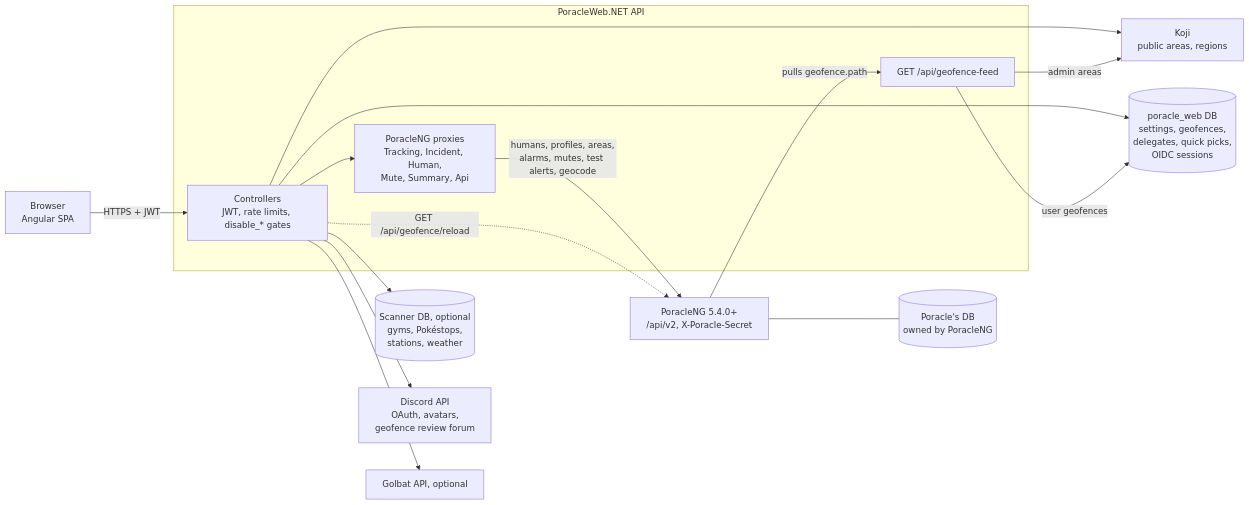
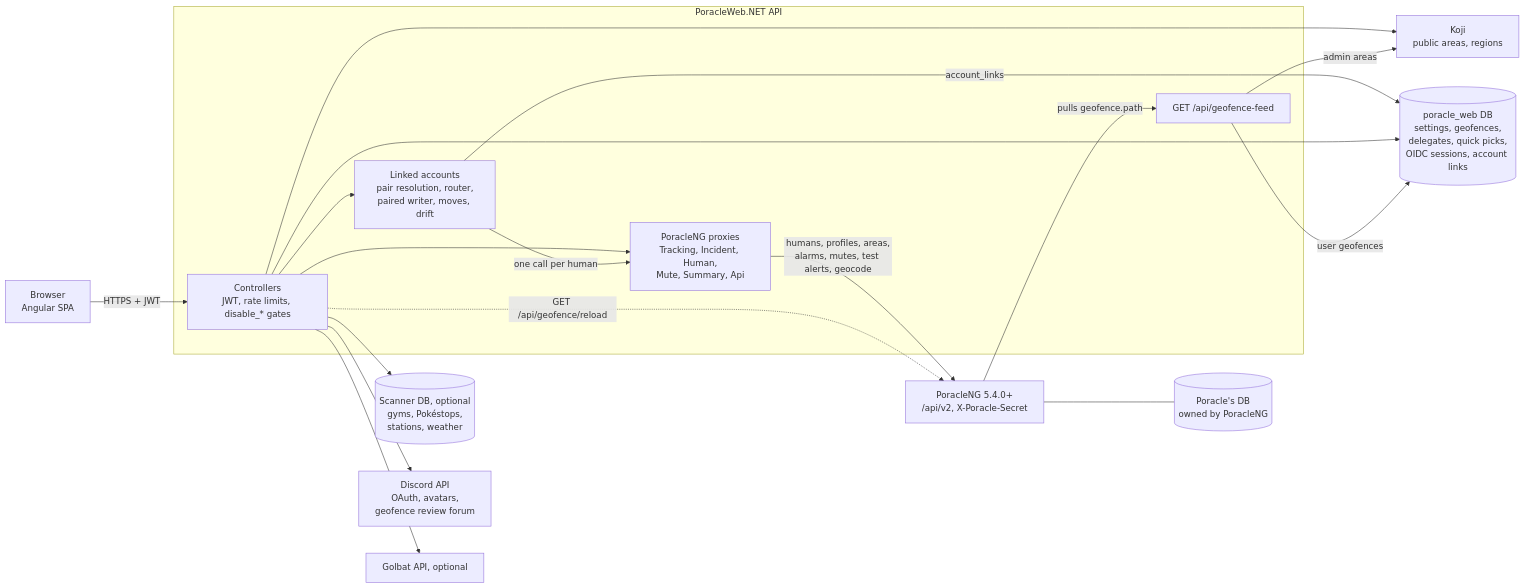
One commit to PGAN-Dev/PoracleWeb.NET changed the diagram in docs/architecture/overview.md. Above: the diagram before and after it, drawn with Mermaid. The commit also changed other lines of this file and 4 other files, not shown here.

First line of the commit message:
docs: add linked accounts architecture reference with diagrams

````diff
--- a/docs/architecture/overview.md
+++ b/docs/architecture/overview.md
@@ -36,29 +37,33 @@
 ```mermaid
 flowchart LR
     Browser["Browser<br/>Angular SPA"]
     subgraph PW["PoracleWeb.NET API"]
         API["Controllers<br/>JWT, rate limits, disable_* gates"]
+        Linked["Linked accounts<br/>pair resolution, router,<br/>paired writer, moves, drift"]
         Proxies["PoracleNG proxies<br/>Tracking, Incident, Human,<br/>Mute, Summary, Api"]
         Feed["GET /api/geofence-feed"]
     end
-    WebDB[("poracle_web DB<br/>settings, geofences,<br/>delegates, quick picks,<br/>OIDC sessions")]
+    WebDB[("poracle_web DB<br/>settings, geofences,<br/>delegates, quick picks,<br/>OIDC sessions, account links")]
     Scanner[("Scanner DB, optional<br/>gyms, Pokéstops,<br/>stations, weather")]
     NG["PoracleNG 5.4.0+<br/>/api/v2, X-Poracle-Secret"]
     NGDB[("Poracle's DB<br/>owned by PoracleNG")]
     Koji["Koji<br/>public areas, regions"]
     Discord["Discord API<br/>OAuth, avatars,<br/>geofence review forum"]
     Golbat["Golbat API, optional"]
     Browser -->|"HTTPS + JWT"| API
     API --> Proxies
+    API --> Linked
+    Linked -->|"one call per human"| Proxies
+    Linked -->|"account_links"| WebDB
     Proxies -->|"humans, profiles, areas,<br/>alarms, mutes, test alerts, geocode"| NG
     NG --- NGDB
     API --> WebDB
     API --> Scanner
     API --> Koji
     API --> Discord
     API --> Golbat
     Feed -->|"admin areas"| Koji
     Feed -->|"user geofences"| WebDB
     NG -->|"pulls geofence.path"| Feed
     API -.->|"GET /api/geofence/reload"| NG
 ```
````
